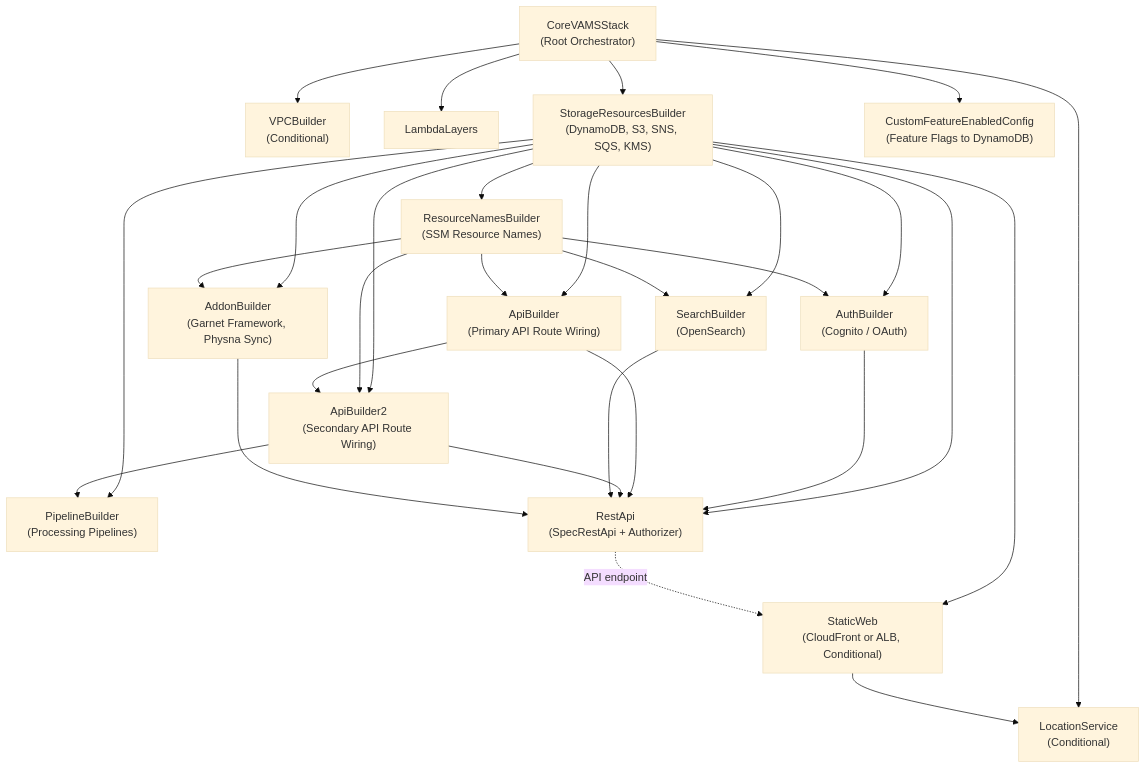
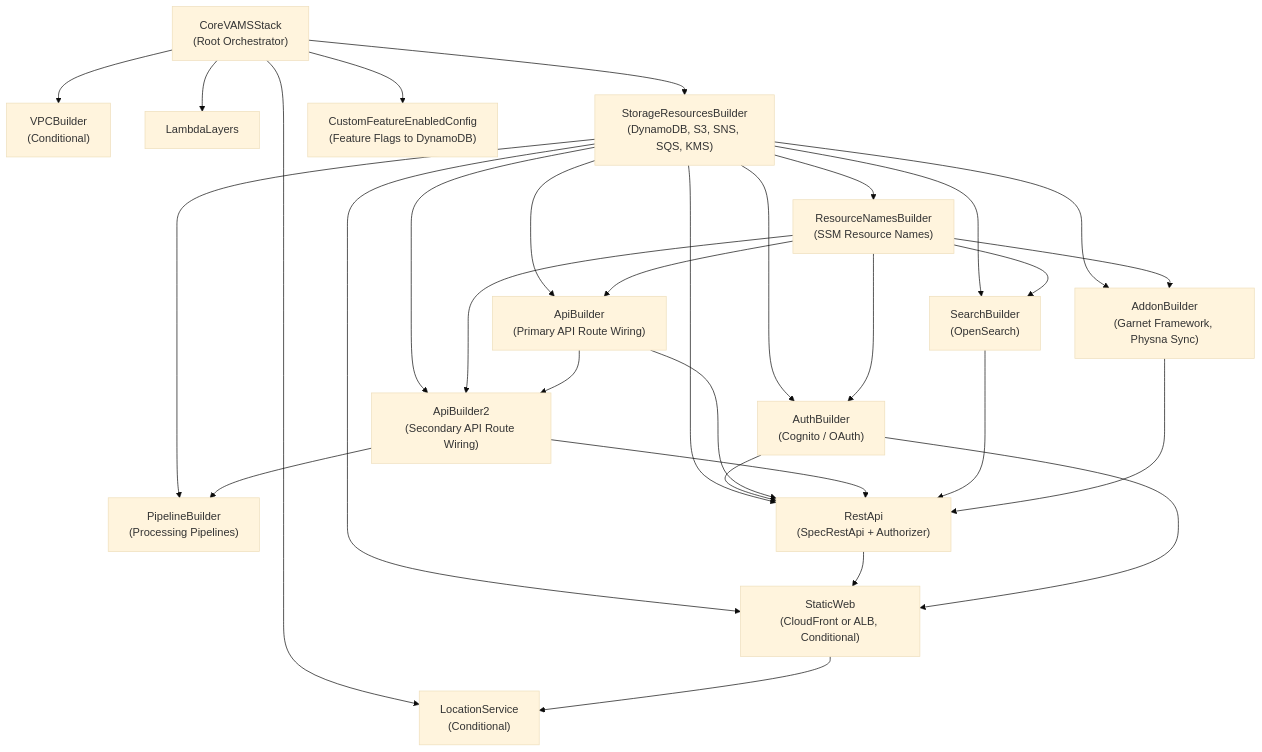
The third of 3 diagrams in documentation/docusaurus-site/docs/architecture/overview.md (awslabs/visual-asset-management-system), drawn with Mermaid (base theme) before and after one commit. The commit also changed other lines of this file and 6 other files, not shown here.

Commit message:
fix(cdk): declare the static web stack's dependencies on the REST API and auth stacks (#664)

````diff
--- a/documentation/docusaurus-site/docs/architecture/overview.md
+++ b/documentation/docusaurus-site/docs/architecture/overview.md
@@ -132,47 +132,48 @@
 ```mermaid
 graph TD
     Core["CoreVAMSStack<br/>(Root Orchestrator)"]
     VPC["VPCBuilder<br/>(Conditional)"]
     Layers["LambdaLayers"]
     Storage["StorageResourcesBuilder<br/>(DynamoDB, S3, SNS, SQS, KMS)"]
     Names["ResourceNamesBuilder<br/>(SSM Resource Names)"]
     Auth["AuthBuilder<br/>(Cognito / OAuth)"]
     APIBuilder["ApiBuilder<br/>(Primary API Route Wiring)"]
     APIBuilder2["ApiBuilder2<br/>(Secondary API Route Wiring)"]
     Search["SearchBuilder<br/>(OpenSearch)"]
     Pipelines["PipelineBuilder<br/>(Processing Pipelines)"]
     Addons["AddonBuilder<br/>(Garnet Framework, Physna Sync)"]
     API["RestApi<br/>(SpecRestApi + Authorizer)"]
     StaticWeb["StaticWeb<br/>(CloudFront or ALB, Conditional)"]
     Location["LocationService<br/>(Conditional)"]
     Features["CustomFeatureEnabledConfig<br/>(Feature Flags to DynamoDB)"]
 
     Core --> VPC
     Core --> Layers
     Core --> Storage
     Core --> Location
     Core --> Features
     Storage --> Names
     Storage --> Auth
     Names --> Auth
     Storage --> APIBuilder
     Names --> APIBuilder
     Storage --> APIBuilder2
     Names --> APIBuilder2
     APIBuilder --> APIBuilder2
     Storage --> Search
     Names --> Search
     Storage --> Pipelines
     APIBuilder2 --> Pipelines
     Storage --> Addons
     Names --> Addons
     Storage --> API
     Auth --> API
     APIBuilder --> API
     APIBuilder2 --> API
     Search --> API
     Addons --> API
     Storage --> StaticWeb
-    API -.->|API endpoint| StaticWeb
+    API --> StaticWeb
+    Auth --> StaticWeb
     StaticWeb --> Location
 ```
````
